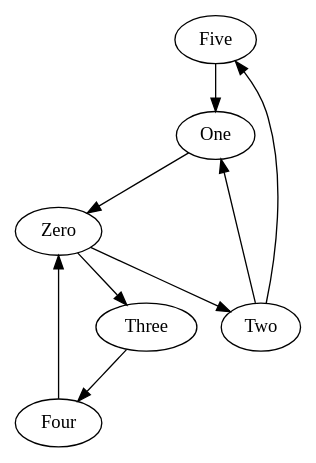
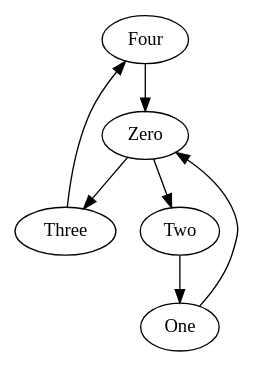
Before and after one commit to Georgilqlq/city_map_project: the diagram in project/Graph.dot, drawn with Graphviz. The commit also changed 5 other files, not shown here.

Commit message:
fixed euler tour function + fixed 1 bug in parsing the graph

```diff
--- a/project/Graph.dot
+++ b/project/Graph.dot
@@ -1,10 +1,8 @@
 digraph visual{
-Five->One[weight=100];
 Four->Zero[weight=72];
 One->Zero[weight=10];
 Three->Four[weight=19];
-Two->Five[weight=31];
 Two->One[weight=41];
 Zero->Three[weight=15];
 Zero->Two[weight=11];
 }
```
